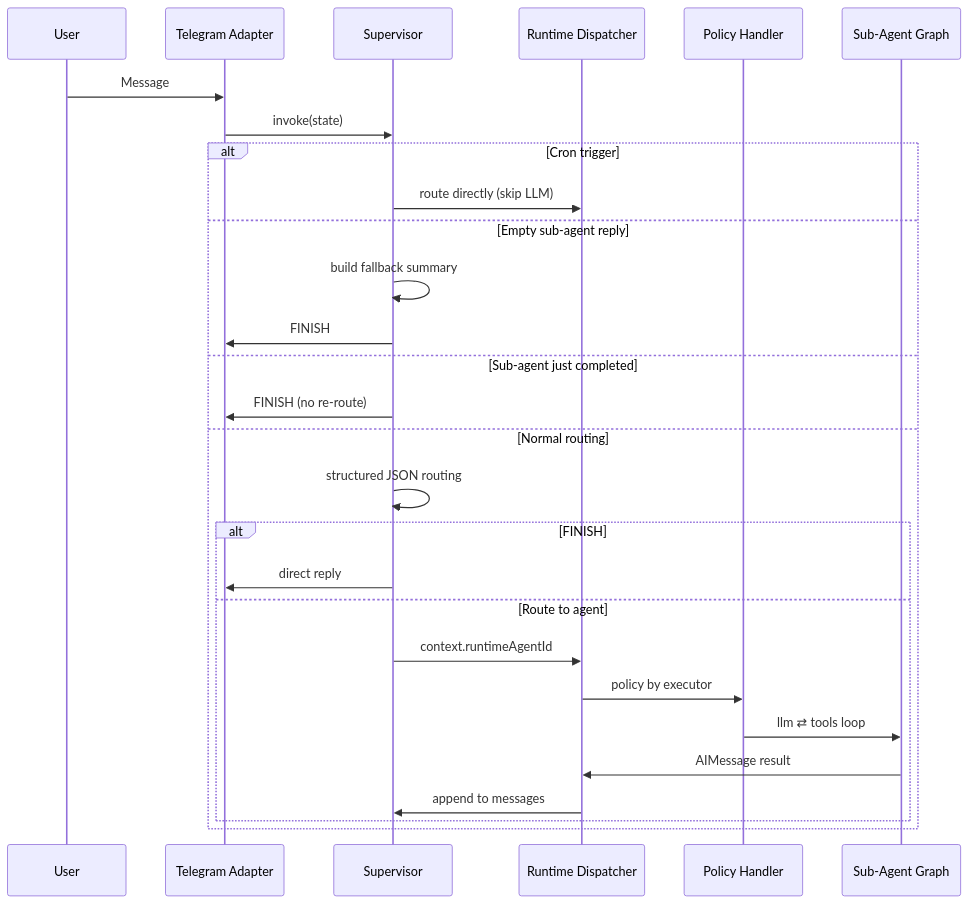
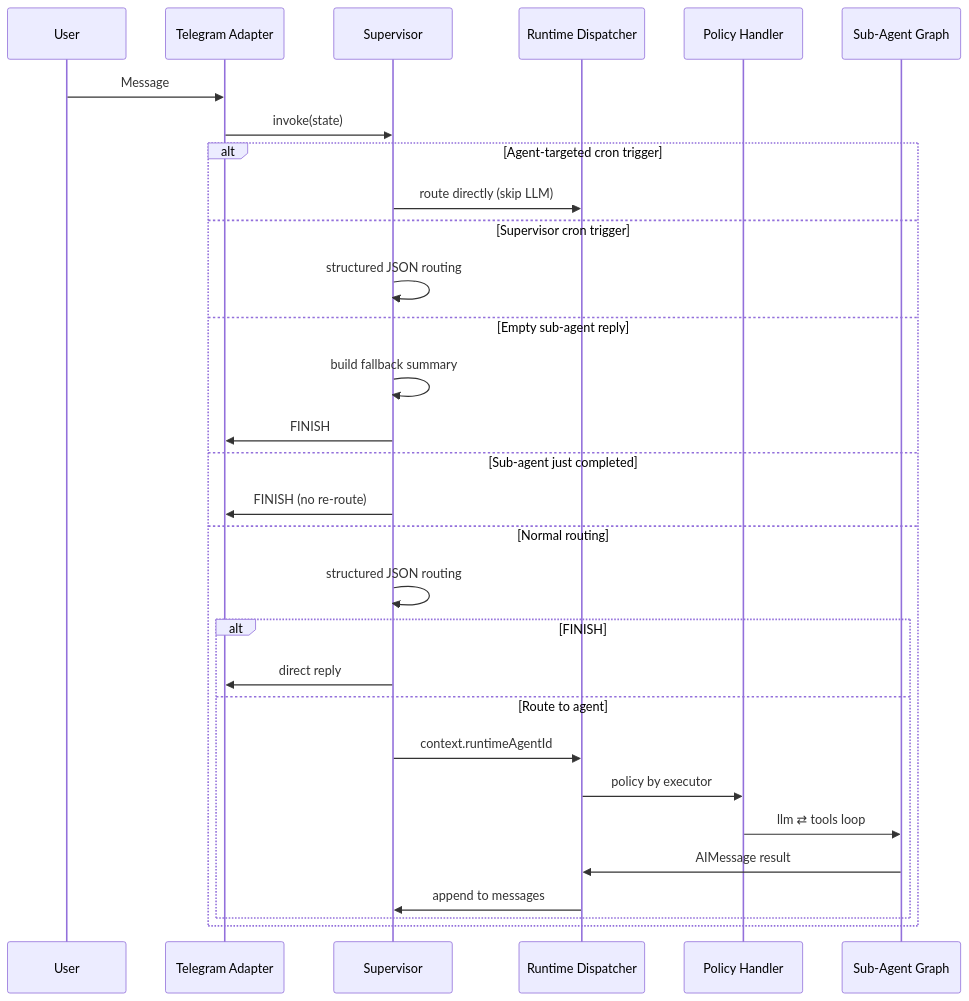
One commit to slnnzmtl/langgraph-personal-assistant changed the second of 2 diagrams in docs/ARCHITECTURE.md. Above: the diagram before and after it, drawn with Mermaid. The commit also changed other lines of this file, not shown here.

Commit message:
docs: revise architecture documentation

````diff
--- a/docs/ARCHITECTURE.md
+++ b/docs/ARCHITECTURE.md
@@ -151,31 +164,33 @@
 ```mermaid
 sequenceDiagram
     participant U as User
     participant T as Telegram Adapter
     participant S as Supervisor
     participant D as Runtime Dispatcher
     participant P as Policy Handler
     participant SG as Sub-Agent Graph
 
     U->>T: Message
     T->>S: invoke(state)
-    alt Cron trigger
+    alt Agent-targeted cron trigger
         S->>D: route directly (skip LLM)
+    else Supervisor cron trigger
+        S->>S: structured JSON routing
     else Empty sub-agent reply
         S->>S: build fallback summary
         S->>T: FINISH
     else Sub-agent just completed
         S->>T: FINISH (no re-route)
     else Normal routing
         S->>S: structured JSON routing
         alt FINISH
             S->>T: direct reply
         else Route to agent
             S->>D: context.runtimeAgentId
             D->>P: policy by executor
             P->>SG: llm ⇄ tools loop
             SG->>D: AIMessage result
             D->>S: append to messages
         end
     end
 ```
````
